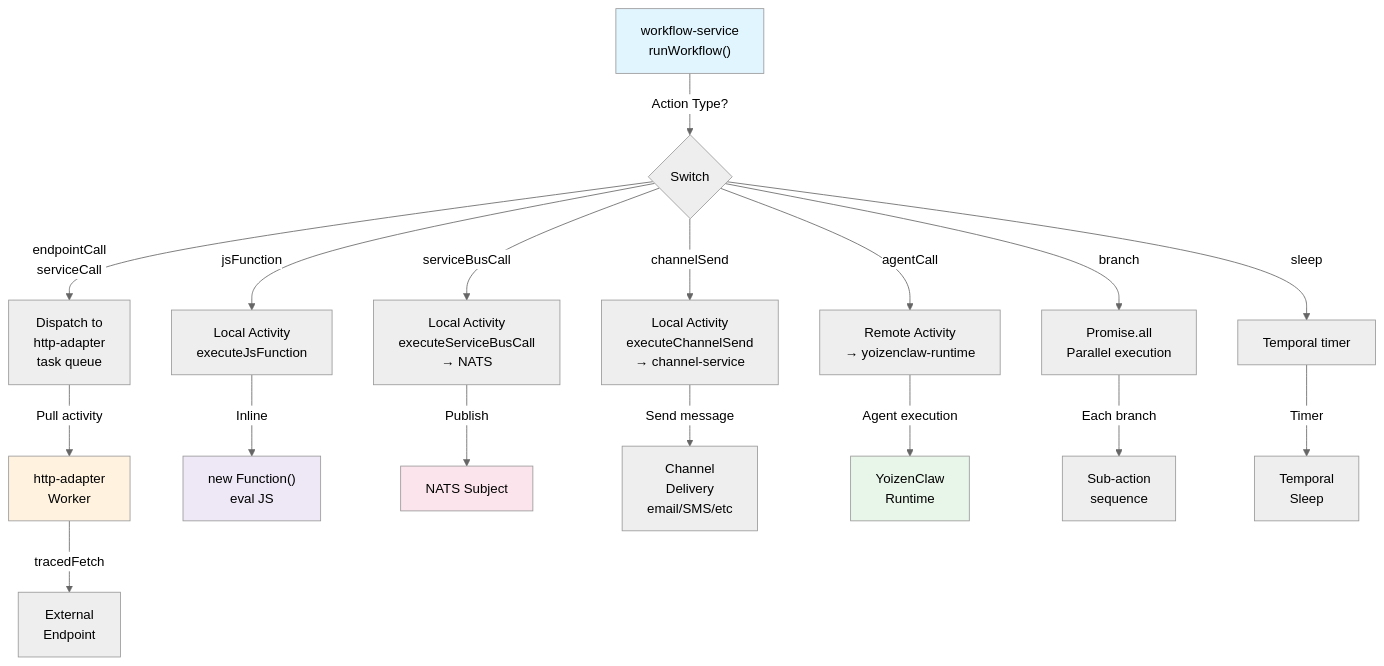
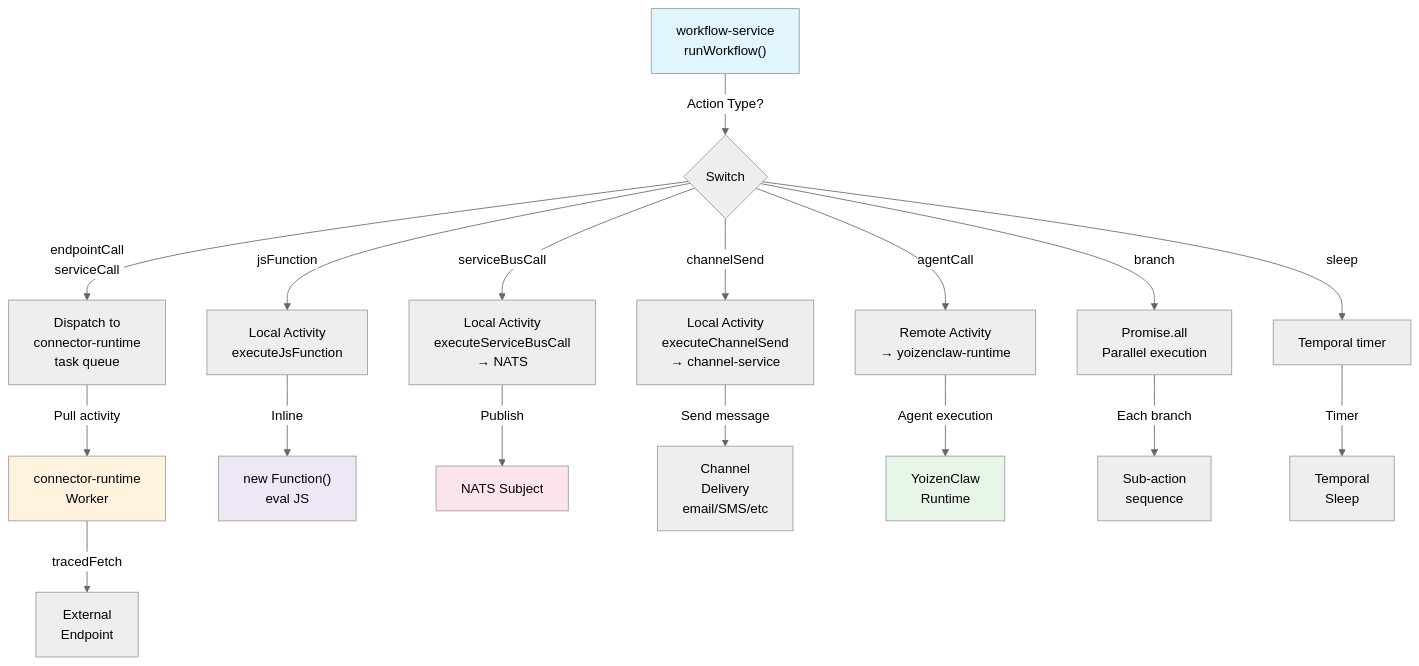
The sixth of 8 diagrams in DOCS/11-SERVICE-ARCHITECTURE-DIAGRAM.md (ccarnero/colloqui), drawn with Mermaid (neutral theme) before and after one commit. The commit also changed other lines of this file and 418 other files, not shown here.

First line of the commit message:
Merged PR 3855: Remove services. Rename http-adapter/adapter-service. Update docs

````diff
--- a/DOCS/11-SERVICE-ARCHITECTURE-DIAGRAM.md
+++ b/DOCS/11-SERVICE-ARCHITECTURE-DIAGRAM.md
@@ -329,35 +329,35 @@
 ```mermaid
 graph TB
     WF["workflow-service<br/>runWorkflow()"]
     
     WF -->|Action Type?| SWITCH{Switch}
     
-    SWITCH -->|endpointCall<br/>serviceCall| HAQ["Dispatch to<br/>http-adapter<br/>task queue"]
+    SWITCH -->|endpointCall<br/>serviceCall| HAQ["Dispatch to<br/>connector-runtime<br/>task queue"]
     SWITCH -->|jsFunction| JS["Local Activity<br/>executeJsFunction"]
     SWITCH -->|serviceBusCall| SB["Local Activity<br/>executeServiceBusCall<br/>→ NATS"]
     SWITCH -->|channelSend| CH["Local Activity<br/>executeChannelSend<br/>→ channel-service"]
     SWITCH -->|agentCall| AG["Remote Activity<br/>→ yoizenclaw-runtime"]
     SWITCH -->|branch| BR["Promise.all<br/>Parallel execution"]
     SWITCH -->|sleep| SLP["Temporal timer"]
     
-    HAQ -->|Pull activity| HAW["http-adapter<br/>Worker"]
+    HAQ -->|Pull activity| HAW["connector-runtime<br/>Worker"]
     HAW -->|tracedFetch| EXT["External<br/>Endpoint"]
     
     JS -->|Inline| EXEC["new Function()<br/>eval JS"]
     
     SB -->|Publish| NATS["NATS Subject"]
     
     CH -->|Send message| CHAN["Channel<br/>Delivery<br/>email/SMS/etc"]
     
     AG -->|Agent execution| YCR["YoizenClaw<br/>Runtime"]
     
     BR -->|Each branch| SUB["Sub-action<br/>sequence"]
     
     SLP -->|Timer| TIMER["Temporal<br/>Sleep"]
     
     style WF fill:#e1f5ff
     style HAW fill:#fff3e0
     style YCR fill:#e8f5e9
     style NATS fill:#fce4ec
     style EXEC fill:#ede7f6
 ```
````
